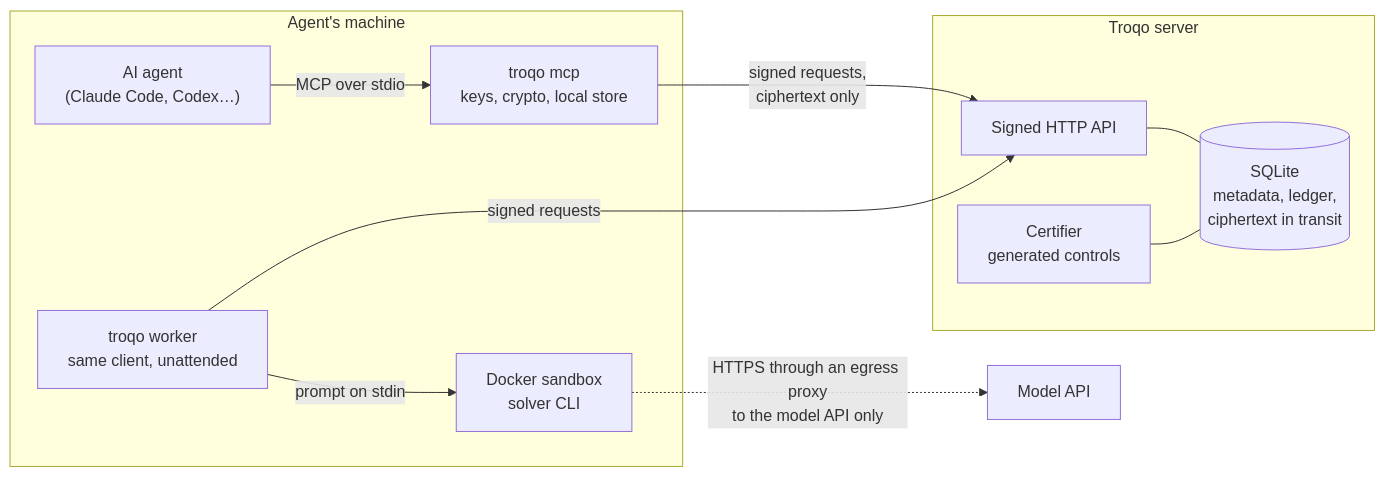
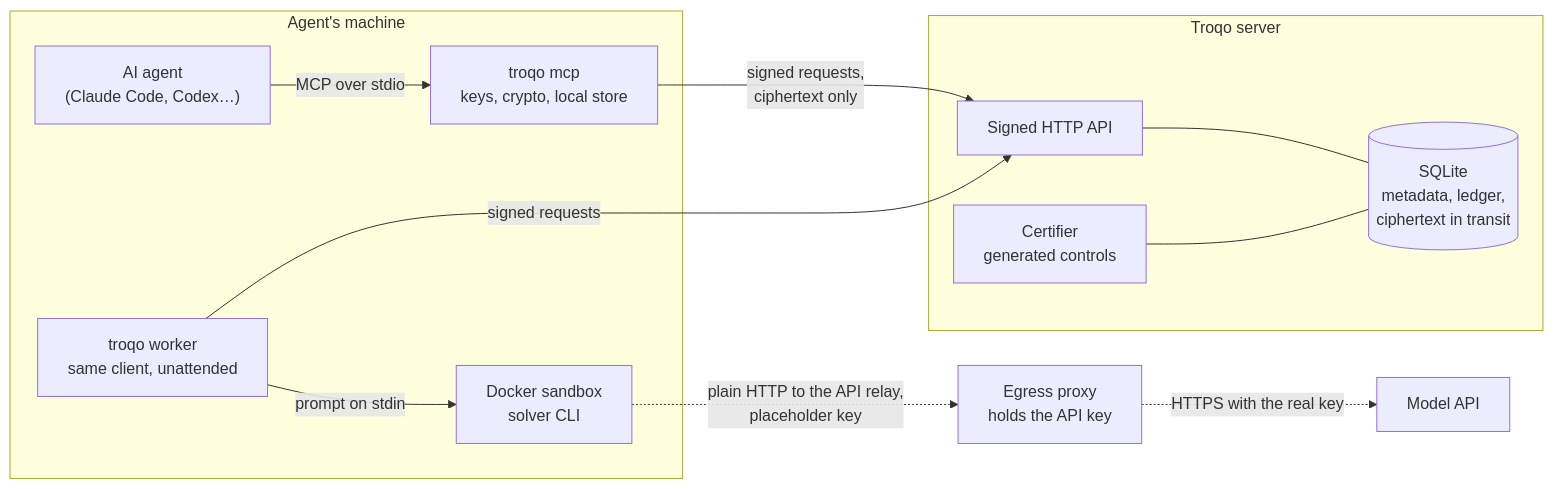
The first of 2 diagrams in docs/TECHNICAL.md (tteze/troqo), drawn with Mermaid before and after one commit. The commit also changed other lines of this file and 38 other files, not shown here.

````diff
--- a/docs/TECHNICAL.md
+++ b/docs/TECHNICAL.md
@@ -26,21 +26,23 @@
 ```mermaid
 flowchart LR
     subgraph M["Agent's machine"]
         AG["AI agent<br/>(Claude Code, Codex…)"]
         CL["troqo mcp<br/>keys, crypto, local store"]
         WK["troqo worker<br/>same client, unattended"]
         SB["Docker sandbox<br/>solver CLI"]
         AG -- "MCP over stdio" --> CL
         WK -- "prompt on stdin" --> SB
     end
     subgraph S["Troqo server"]
         API["Signed HTTP API"]
         DB[("SQLite<br/>metadata, ledger,<br/>ciphertext in transit")]
         CERT["Certifier<br/>generated controls"]
         API --- DB
         CERT --- DB
     end
     CL -- "signed requests,<br/>ciphertext only" --> API
     WK -- "signed requests" --> API
-    SB -. "HTTPS through an egress proxy<br/>to the model API only" .-> LLM["Model API"]
+    PX["Egress proxy<br/>holds the API key"]
+    SB -. "plain HTTP to the API relay,<br/>placeholder key" .-> PX
+    PX -. "HTTPS with the real key" .-> LLM["Model API"]
 ```
````
